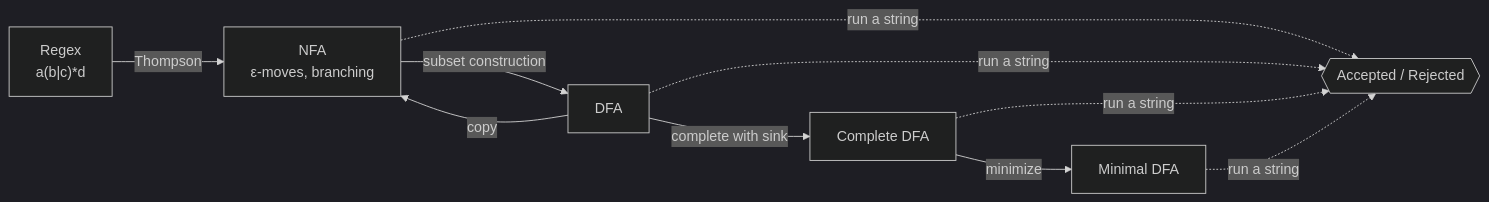
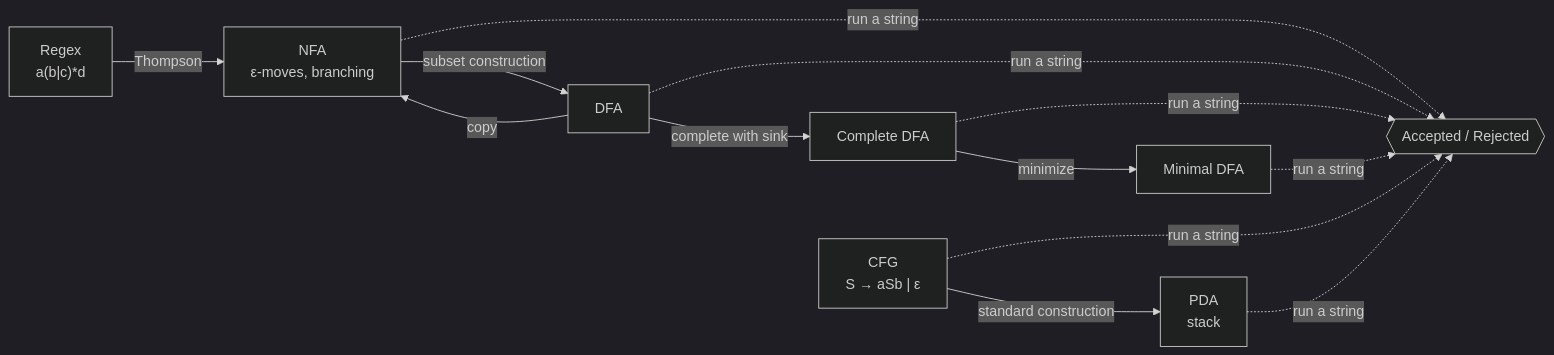
One commit to xiaogao0616/lumina changed the diagram in README.md. Above: the diagram before and after it, drawn with Mermaid (dark theme). The commit also changed other lines of this file and 18 other files, not shown here.

First line of the commit message:
Add PDA and CFG workspaces

````diff
--- a/README.md
+++ b/README.md
@@ -82,9 +110,11 @@
 ```mermaid
 flowchart LR
     R["Regex<br/>a(b|c)*d"] -- Thompson --> N["NFA<br/>ε-moves, branching"]
     N -- subset construction --> D["DFA"]
     D -- copy --> N
     D -- complete with sink --> C["Complete DFA"]
     C -- minimize --> M["Minimal DFA"]
     N & D & C & M -. run a string .-> T{{"Accepted / Rejected"}}
+    G["CFG<br/>S → aSb | ε"] -- standard construction --> P["PDA<br/>stack"]
+    G & P -. run a string .-> T
 ```
````
